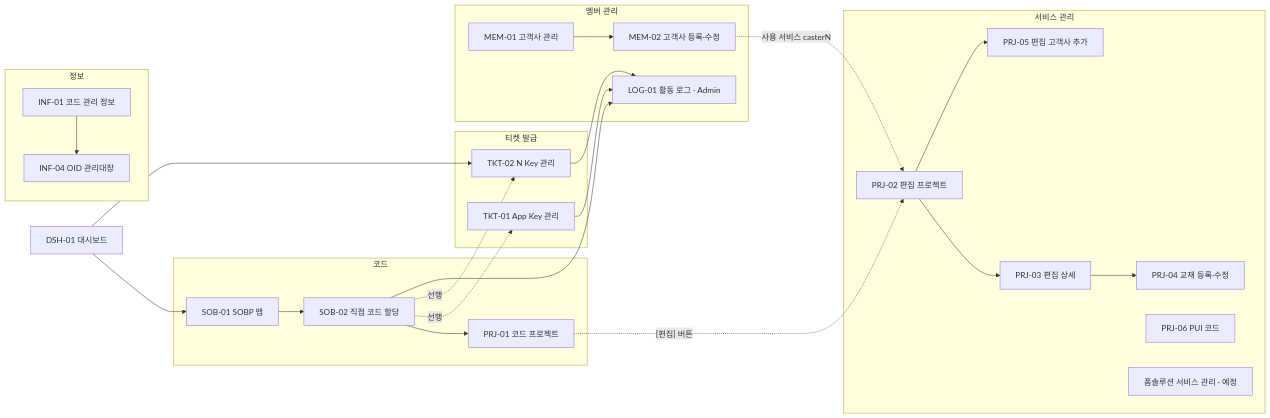
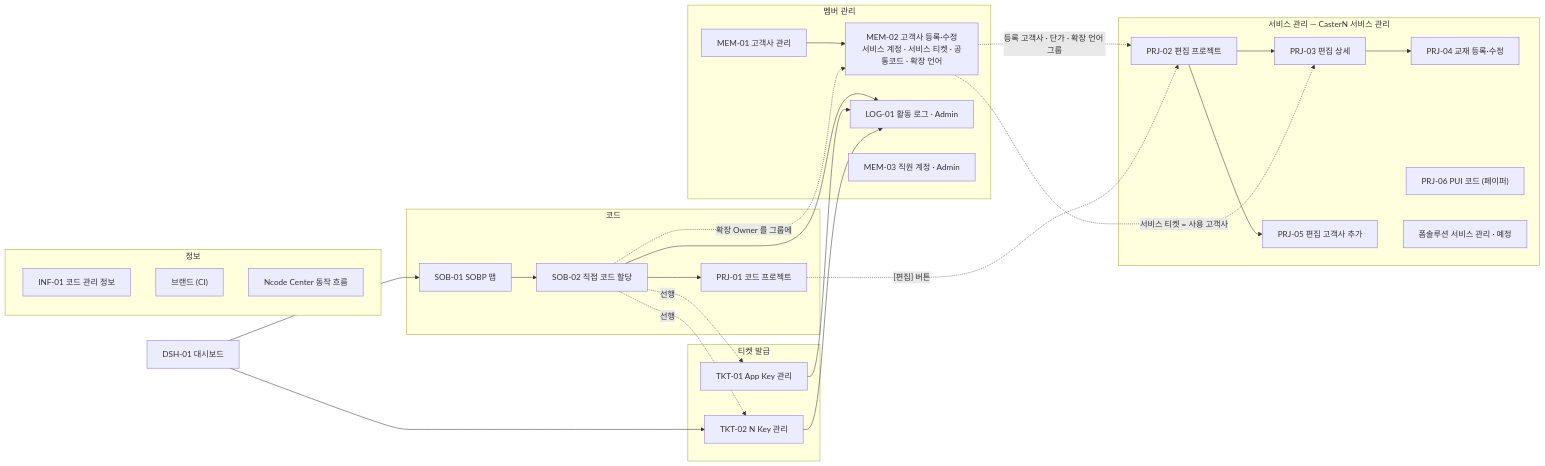
The sixth of 6 diagrams in docs/NcodeCenter-Flow.md (sjkim-create/NcodeCenter), drawn with Mermaid before and after one commit. The commit also changed other lines of this file and 3 other files, not shown here.

````diff
--- a/docs/NcodeCenter-Flow.md
+++ b/docs/NcodeCenter-Flow.md
@@ -230,41 +257,46 @@
 ```mermaid
 flowchart LR
     DSH["DSH-01 대시보드"]
 
     subgraph G1["코드"]
         SOB1["SOB-01 SOBP 맵"] --> SOB2["SOB-02 직접 코드 할당"]
         PRJ1["PRJ-01 코드 프로젝트"]
     end
 
     subgraph G2["티켓 발급"]
         TKT1["TKT-01 App Key 관리"]
         TKT2["TKT-02 N Key 관리"]
     end
 
-    subgraph G3["서비스 관리"]
+    subgraph G3["서비스 관리 — CasterN 서비스 관리"]
         PRJ2["PRJ-02 편집 프로젝트"] --> PRJ3["PRJ-03 편집 상세"] --> PRJ4["PRJ-04 교재 등록·수정"]
         PRJ2 --> PRJ5["PRJ-05 편집 고객사 추가"]
-        PUI["PRJ-06 PUI 코드"]
+        PUI["PRJ-06 PUI 코드 (페이퍼)"]
         FS["폼솔루션 서비스 관리 · 예정"]
     end
 
     subgraph G4["멤버 관리"]
-        MEM1["MEM-01 고객사 관리"] --> MEM2["MEM-02 고객사 등록·수정"]
+        MEM1["MEM-01 고객사 관리"] --> MEM2["MEM-02 고객사 등록·수정<br/>서비스 계정 · 서비스 티켓 · 공통코드 · 확장 언어"]
         LOG["LOG-01 활동 로그 · Admin"]
+        MEM3["MEM-03 직원 계정 · Admin"]
     end
 
     subgraph G5["정보"]
-        INF["INF-01 코드 관리 정보"] --> INF4["INF-04 OID 관리대장"]
+        INF["INF-01 코드 관리 정보"]
+        BRAND["브랜드 (CI)"]
+        FLOW["Ncode Center 동작 흐름"]
     end
 
     DSH --> SOB1
     DSH --> TKT2
-    MEM2 -. 사용 서비스 casterN .-> PRJ2
+    MEM2 -. 등록 고객사 · 단가 · 확장 언어 그룹 .-> PRJ2
+    MEM2 -. 서비스 티켓 = 사용 고객사 .-> PRJ3
+    SOB2 -. 확장 Owner 를 그룹에 .-> MEM2
     SOB2 --> PRJ1
     SOB2 -. 선행 .-> TKT1
     SOB2 -. 선행 .-> TKT2
     SOB2 --> LOG
     TKT1 --> LOG
     TKT2 --> LOG
     PRJ1 -. [편집] 버튼 .-> PRJ2
 ```
````
